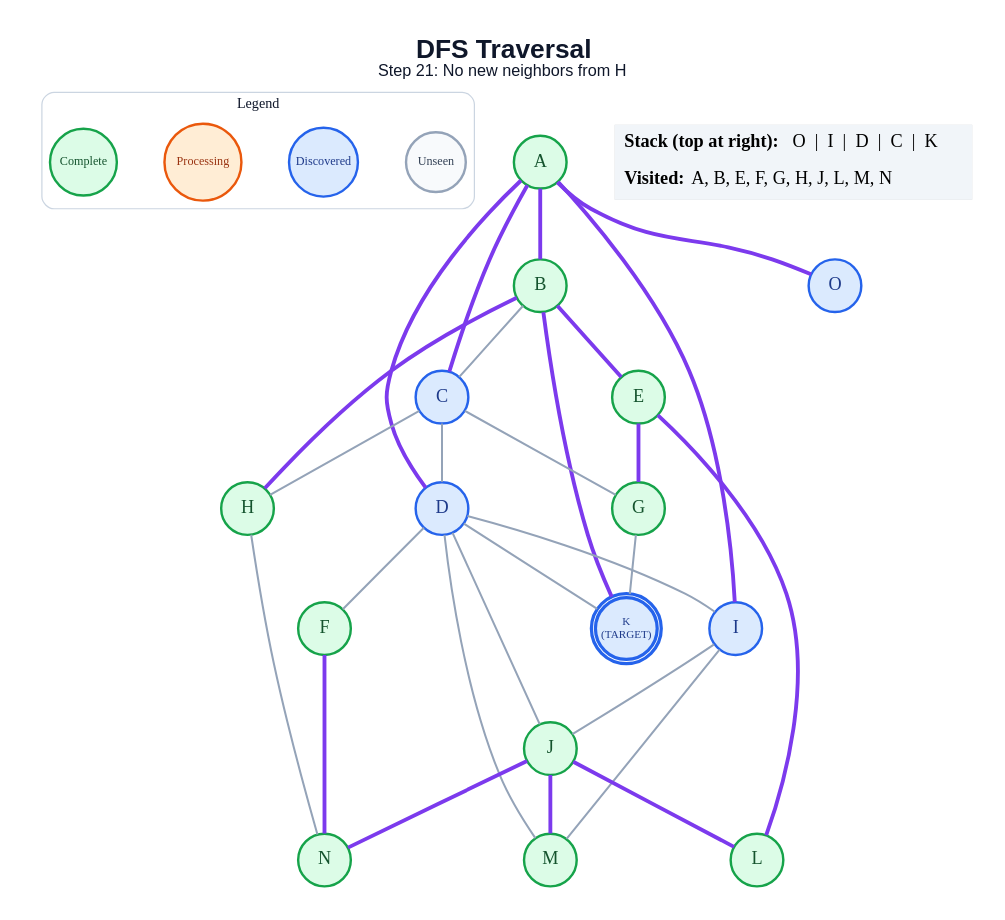
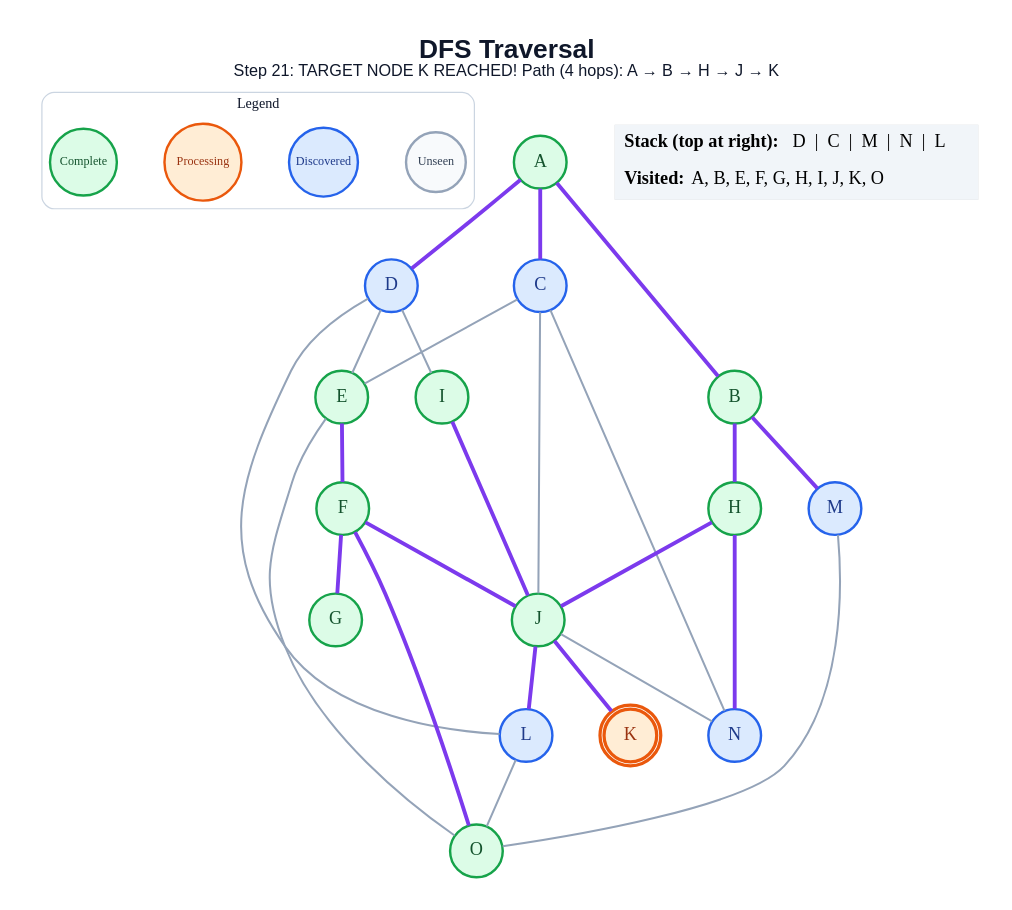
The diagram in generated/specific-node/dfs/step_21.dot (anon7238593-create/ai-slop), drawn with Graphviz before and after one commit. The commit also changed 272 other files, not shown here.

```diff
--- a/generated/specific-node/dfs/step_21.dot
+++ b/generated/specific-node/dfs/step_21.dot
@@ -1,61 +1,58 @@
 graph traversal {
   graph [layout=dot, rankdir=TB, bgcolor="#FFFFFF", pad="0.35", nodesep="0.65", ranksep="0.8", fontname="Arial"];
   node [shape=circle, style="filled", fontname="Arial Bold", fontsize=18, width=0.72, fixedsize=true, penwidth=2.4];
   edge [color="#94A3B8", penwidth=2.0];
-  label=<<B>DFS Traversal</B><BR/><FONT POINT-SIZE="16">Step 21: No new neighbors from H</FONT>>; labelloc="t"; fontsize=26; fontname="Arial"; fontcolor="#0F172A";
+  label=<<B>DFS Traversal</B><BR/><FONT POINT-SIZE="16">Step 21: TARGET NODE K REACHED! Path (4 hops): A → B → H → J → K</FONT>>; labelloc="t"; fontsize=26; fontname="Arial"; fontcolor="#0F172A";
   subgraph cluster_legend { label="Legend"; color="#CBD5E1"; penwidth=1.2; style="rounded"; fontsize=14; fontname="Arial Bold";
     key_unseen [label="Unseen", fillcolor="#F8FAFC", color="#94A3B8", fontcolor="#334155", fontsize=12, width=0.82];
     key_frontier [label="Discovered", fillcolor="#DBEAFE", color="#2563EB", fontcolor="#1E3A8A", fontsize=12, width=0.95];
     key_current [label="Processing", fillcolor="#FFEDD5", color="#EA580C", fontcolor="#9A3412", fontsize=12, width=1.05];
     key_done [label="Complete", fillcolor="#DCFCE7", color="#16A34A", fontcolor="#14532D", fontsize=12, width=0.92];
     { rank=same; key_unseen; key_frontier; key_current; key_done; }
   }
   A [label="A", fillcolor="#DCFCE7", color="#16A34A", fontcolor="#14532D", peripheries=1, penwidth=2.4];
   B [label="B", fillcolor="#DCFCE7", color="#16A34A", fontcolor="#14532D", peripheries=1, penwidth=2.4];
   C [label="C", fillcolor="#DBEAFE", color="#2563EB", fontcolor="#1E3A8A", peripheries=1, penwidth=2.4];
   D [label="D", fillcolor="#DBEAFE", color="#2563EB", fontcolor="#1E3A8A", peripheries=1, penwidth=2.4];
   E [label="E", fillcolor="#DCFCE7", color="#16A34A", fontcolor="#14532D", peripheries=1, penwidth=2.4];
   F [label="F", fillcolor="#DCFCE7", color="#16A34A", fontcolor="#14532D", peripheries=1, penwidth=2.4];
   G [label="G", fillcolor="#DCFCE7", color="#16A34A", fontcolor="#14532D", peripheries=1, penwidth=2.4];
   H [label="H", fillcolor="#DCFCE7", color="#16A34A", fontcolor="#14532D", peripheries=1, penwidth=2.4];
-  I [label="I", fillcolor="#DBEAFE", color="#2563EB", fontcolor="#1E3A8A", peripheries=1, penwidth=2.4];
+  I [label="I", fillcolor="#DCFCE7", color="#16A34A", fontcolor="#14532D", peripheries=1, penwidth=2.4];
   J [label="J", fillcolor="#DCFCE7", color="#16A34A", fontcolor="#14532D", peripheries=1, penwidth=2.4];
-  K [label="K\n(TARGET)", fillcolor="#DBEAFE", color="#2563EB", fontcolor="#1E3A8A", peripheries=2, penwidth=3.2, fontsize=11, width=0.85, height=0.85];
-  L [label="L", fillcolor="#DCFCE7", color="#16A34A", fontcolor="#14532D", peripheries=1, penwidth=2.4];
-  M [label="M", fillcolor="#DCFCE7", color="#16A34A", fontcolor="#14532D", peripheries=1, penwidth=2.4];
-  N [label="N", fillcolor="#DCFCE7", color="#16A34A", fontcolor="#14532D", peripheries=1, penwidth=2.4];
-  O [label="O", fillcolor="#DBEAFE", color="#2563EB", fontcolor="#1E3A8A", peripheries=1, penwidth=2.4];
+  K [label="K", fillcolor="#FFEDD5", color="#EA580C", fontcolor="#9A3412", peripheries=2, penwidth=3.2];
+  L [label="L", fillcolor="#DBEAFE", color="#2563EB", fontcolor="#1E3A8A", peripheries=1, penwidth=2.4];
+  M [label="M", fillcolor="#DBEAFE", color="#2563EB", fontcolor="#1E3A8A", peripheries=1, penwidth=2.4];
+  N [label="N", fillcolor="#DBEAFE", color="#2563EB", fontcolor="#1E3A8A", peripheries=1, penwidth=2.4];
+  O [label="O", fillcolor="#DCFCE7", color="#16A34A", fontcolor="#14532D", peripheries=1, penwidth=2.4];
   A -- B [color="#7C3AED", penwidth=3.8];
   A -- C [color="#7C3AED", penwidth=3.8];
   A -- D [color="#7C3AED", penwidth=3.8];
-  A -- I [color="#7C3AED", penwidth=3.8];
-  A -- O [color="#7C3AED", penwidth=3.8];
-  B -- C;
-  B -- E [color="#7C3AED", penwidth=3.8];
   B -- H [color="#7C3AED", penwidth=3.8];
-  B -- K [color="#7C3AED", penwidth=3.8];
-  C -- D;
-  C -- G;
-  C -- H;
-  D -- F;
+  B -- M [color="#7C3AED", penwidth=3.8];
+  C -- E;
+  C -- J;
+  C -- N;
+  D -- E;
   D -- I;
-  D -- J;
-  D -- K;
-  D -- M;
-  E -- G [color="#7C3AED", penwidth=3.8];
-  E -- L [color="#7C3AED", penwidth=3.8];
-  F -- N [color="#7C3AED", penwidth=3.8];
-  G -- K;
-  H -- N;
-  I -- J;
-  I -- M;
+  D -- L;
+  E -- F [color="#7C3AED", penwidth=3.8];
+  E -- O;
+  F -- G [color="#7C3AED", penwidth=3.8];
+  F -- J [color="#7C3AED", penwidth=3.8];
+  F -- O [color="#7C3AED", penwidth=3.8];
+  H -- J [color="#7C3AED", penwidth=3.8];
+  H -- N [color="#7C3AED", penwidth=3.8];
+  I -- J [color="#7C3AED", penwidth=3.8];
+  J -- K [color="#7C3AED", penwidth=3.8];
   J -- L [color="#7C3AED", penwidth=3.8];
-  J -- M [color="#7C3AED", penwidth=3.8];
-  J -- N [color="#7C3AED", penwidth=3.8];
+  J -- N;
+  L -- O;
+  M -- O;
   status [shape=plain, fixedsize=false, width=0, height=0, margin=0, label=<
     <TABLE BORDER="0" CELLBORDER="0" CELLPADDING="7" BGCOLOR="#F1F5F9">
-      <TR><TD ALIGN="LEFT"><B>Stack (top at right):</B> O  |  I  |  D  |  C  |  K</TD></TR>
-      <TR><TD ALIGN="LEFT"><B>Visited:</B> A, B, E, F, G, H, J, L, M, N</TD></TR>
+      <TR><TD ALIGN="LEFT"><B>Stack (top at right):</B> D  |  C  |  M  |  N  |  L</TD></TR>
+      <TR><TD ALIGN="LEFT"><B>Visited:</B> A, B, E, F, G, H, I, J, K, O</TD></TR>
     </TABLE>
   >];
 }
```
